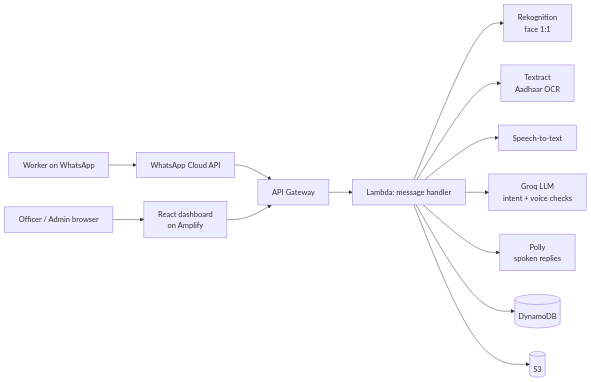
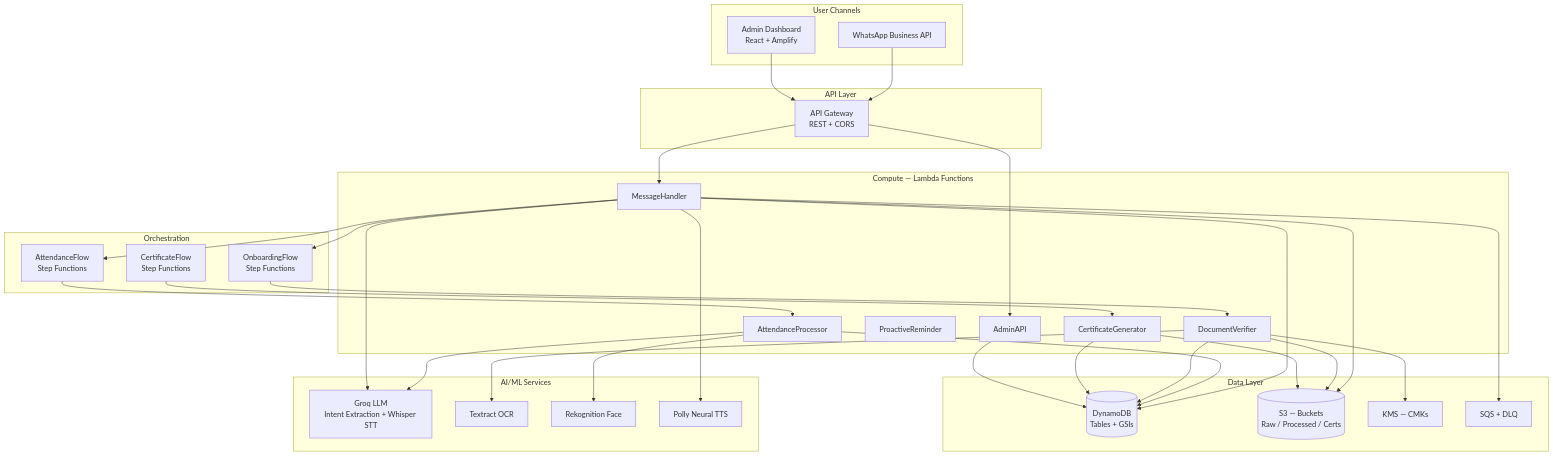
Before and after one commit to ABUBAK3R-K/NITK-Build-for-Billions: the diagram in README.md, drawn with Mermaid. The commit also changed other lines of this file, not shown here.

Commit message:
docs: update README with detailed architecture and structure

````diff
--- a/README.md
+++ b/README.md
@@ -9,15 +28,65 @@
 ```mermaid
-flowchart LR
-    W[Worker on WhatsApp] --> M[WhatsApp Cloud API]
-    M --> G[API Gateway]
-    G --> H[Lambda: message handler]
-    H --> R[Rekognition<br/>face 1:1]
-    H --> T[Textract<br/>Aadhaar OCR]
-    H --> S[Speech-to-text]
-    H --> L[Groq LLM<br/>intent + voice checks]
-    H --> P[Polly<br/>spoken replies]
-    H --> D[(DynamoDB)]
-    H --> B[(S3)]
-    O[Officer / Admin browser] --> A[React dashboard<br/>on Amplify]
-    A --> G
+graph TB
+    subgraph "User Channels"
+        WA[WhatsApp Business API]
+        AD[Admin Dashboard<br/>React + Amplify]
+    end
+
+    subgraph "API Layer"
+        APIGW[API Gateway<br/>REST + CORS]
+    end
+
+    subgraph "Compute — Lambda Functions"
+        MH[MessageHandler]
+        AP[AttendanceProcessor]
+        DV[DocumentVerifier]
+        CG[CertificateGenerator]
+        PR[ProactiveReminder]
+        AA[AdminAPI]
+    end
+
+    subgraph "Orchestration"
+        SF1[OnboardingFlow<br/>Step Functions]
+        SF2[AttendanceFlow<br/>Step Functions]
+        SF3[CertificateFlow<br/>Step Functions]
+    end
+
+    subgraph "AI/ML Services"
+        GR[Groq LLM<br/>Intent Extraction + Whisper STT]
+        TX[Textract OCR]
+        RK[Rekognition Face]
+        PL[Polly Neural TTS]
+    end
+
+    subgraph "Data Layer"
+        DDB[(DynamoDB<br/>Tables + GSIs)]
+        S3[(S3 — Buckets<br/>Raw / Processed / Certs)]
+        KMS[KMS — CMKs]
+        SQS[SQS + DLQ]
+    end
+
+    WA --> APIGW
+    AD --> APIGW
+    APIGW --> MH
+    APIGW --> AA
+    MH --> SF1
+    MH --> SF2
+    SF1 --> DV
+    SF2 --> AP
+    SF3 --> CG
+    AP --> RK
+    AP --> GR
+    DV --> TX
+    MH --> GR
+    MH --> PL
+    MH --> DDB
+    AP --> DDB
+    DV --> DDB
+    CG --> DDB
+    AA --> DDB
+    MH --> S3
+    DV --> S3
+    CG --> S3
+    DV --> KMS
+    MH --> SQS
 ```
````
